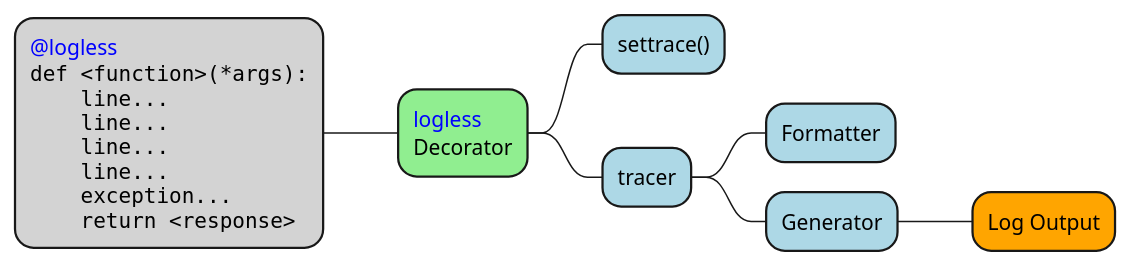
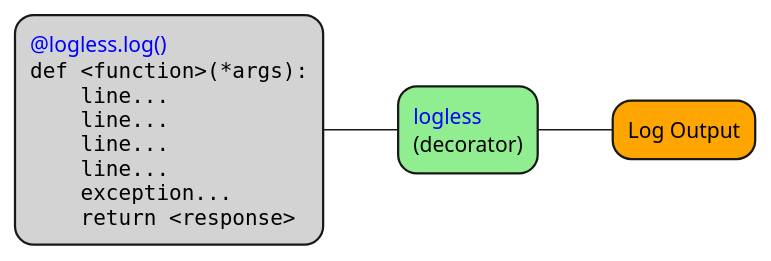
One commit to kushagrasoni/LogLess_Logging changed the diagram in umls/function_to_tracer.puml. Above: the diagram before and after it, drawn with PlantUML. The commit also changed 4 other files, not shown here.

```diff
--- a/umls/function_to_tracer.puml
+++ b/umls/function_to_tracer.puml
@@ -1,31 +1,27 @@
 @startmindmap
 
 'caption Figure 2.1: Passing each event type of the Source Code through a tracer and log formatter
 'title Sample Lambda Function
 
 *[#lightgreen]:<font color=blue>logless</font>
-Decorator;
+(decorator);
 
 right side 
 
-++[#lightblue] settrace()
-++[#lightblue] tracer
-+++[#lightblue] Formatter
-+++[#lightblue] Generator
-++++[#Orange] Log Output
+++[#Orange] Log Output
 
 left side 
 
-**[#lightGrey]:<font color=blue>@logless</font>
+**[#lightGrey]:<font color=blue>@logless.log()</font>
 <code>
 '<color #118888>@logless</color>
 def <function>(*args):
     line...
     line...
     line...
     line...
     exception...
     return <response>
 </code>;
 
 @endmindmap
```
